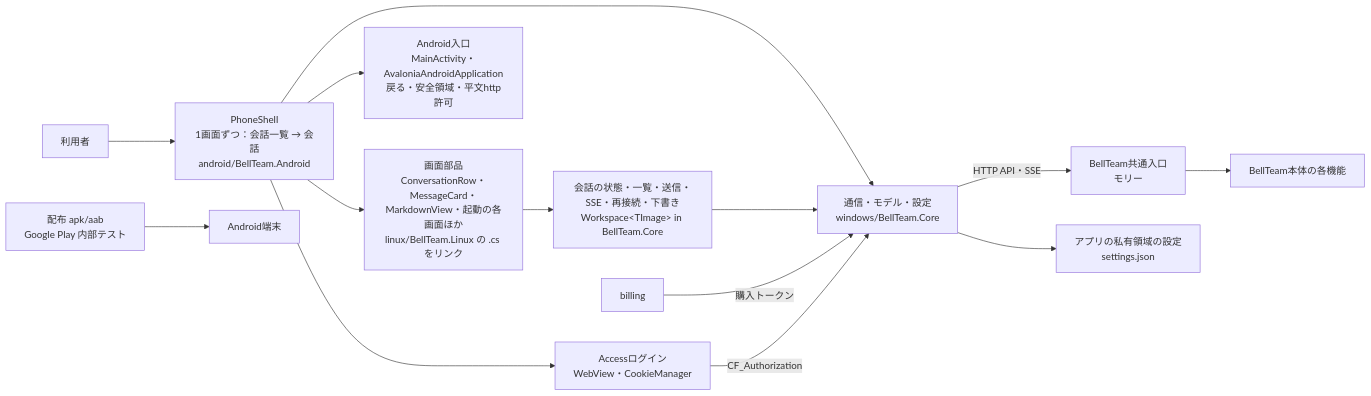
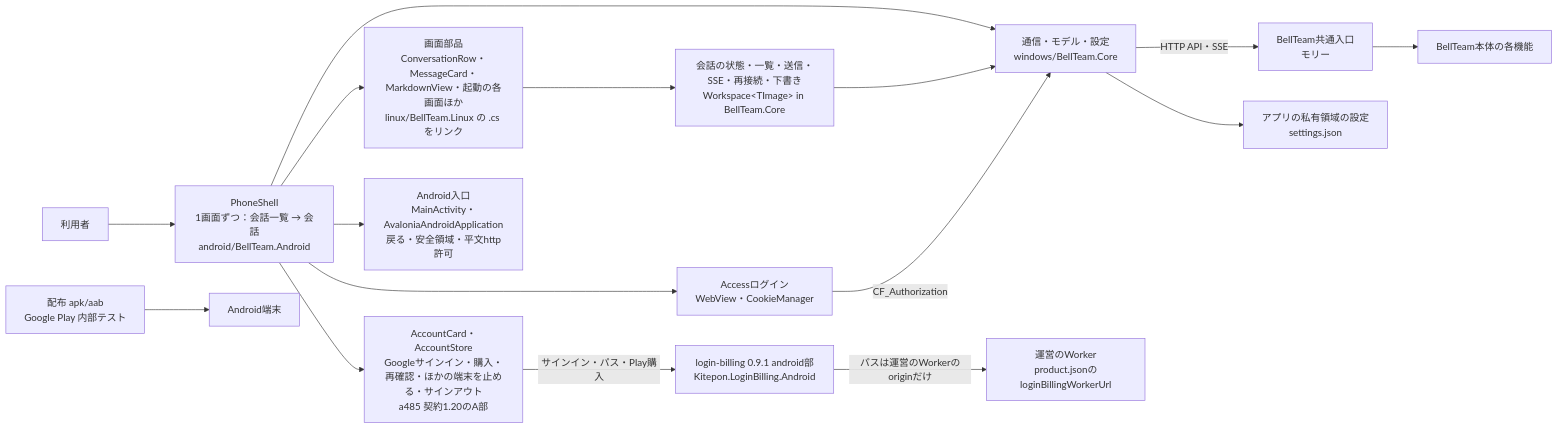
The first of 2 diagrams in docs/android-architecture.md (kitepon/BellTeam), drawn with Mermaid before and after one commit. The commit also changed other lines of this file and 10 other files, not shown here.

First line of the commit message:
a485 Android: store account card on login-billing 0.9.1 (development release; draft, do not ship)

````diff
--- a/docs/android-architecture.md
+++ b/docs/android-architecture.md
@@ -9,16 +9,18 @@
 ```mermaid
 flowchart LR
   user[利用者] --> shell[PhoneShell<br/>1画面ずつ：会話一覧 → 会話<br/>android/BellTeam.Android]
   shell --> views[画面部品<br/>ConversationRow・MessageCard・MarkdownView・起動の各画面ほか<br/>linux/BellTeam.Linux の .cs をリンク]
   views --> ws[会話の状態・一覧・送信・SSE・再接続・下書き<br/>Workspace&lt;TImage&gt; in BellTeam.Core]
   shell --> core[通信・モデル・設定<br/>windows/BellTeam.Core]
   ws --> core
   core -->|HTTP API・SSE| integration[BellTeam共通入口<br/>モリー]
   core --> local[アプリの私有領域の設定<br/>settings.json]
-  billing -->|購入トークン| core
+  shell --> account[AccountCard・AccountStore<br/>Googleサインイン・購入・再確認・ほかの端末を止める・サインアウト<br/>a485 契約1.20のA部]
+  account -->|サインイン・パス・Play購入| lib[login-billing 0.9.1 android部<br/>Kitepon.LoginBilling.Android]
+  lib -->|パスは運営のWorkerのoriginだけ| worker[運営のWorker<br/>product.jsonのloginBillingWorkerUrl]
   shell --> access[Accessログイン<br/>WebView・CookieManager]
   access -->|CF_Authorization| core
   shell --> android[Android入口<br/>MainActivity・AvaloniaAndroidApplication<br/>戻る・安全領域・平文http許可]
   release[配布 apk/aab<br/>Google Play 内部テスト] --> device[Android端末]
   integration --> server[BellTeam本体の各機能]
 ```
````
